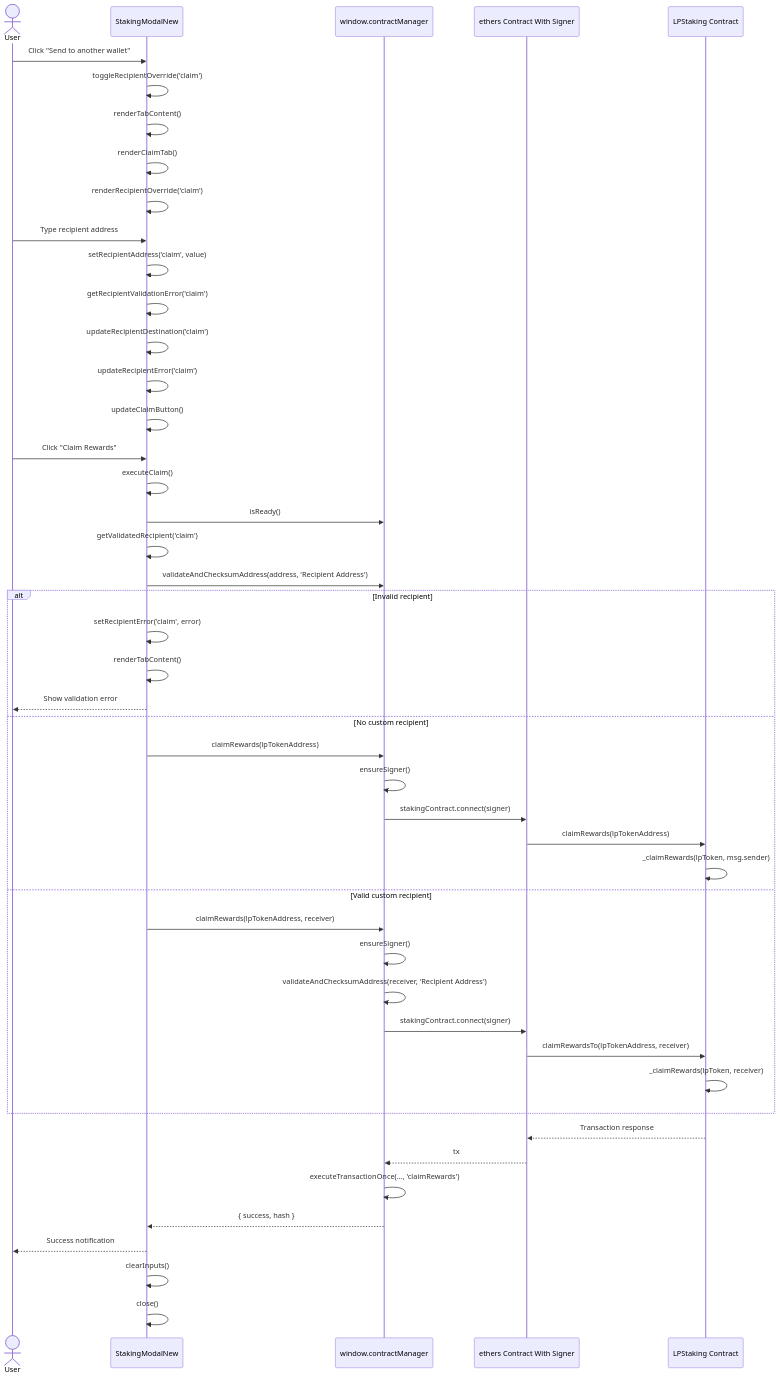
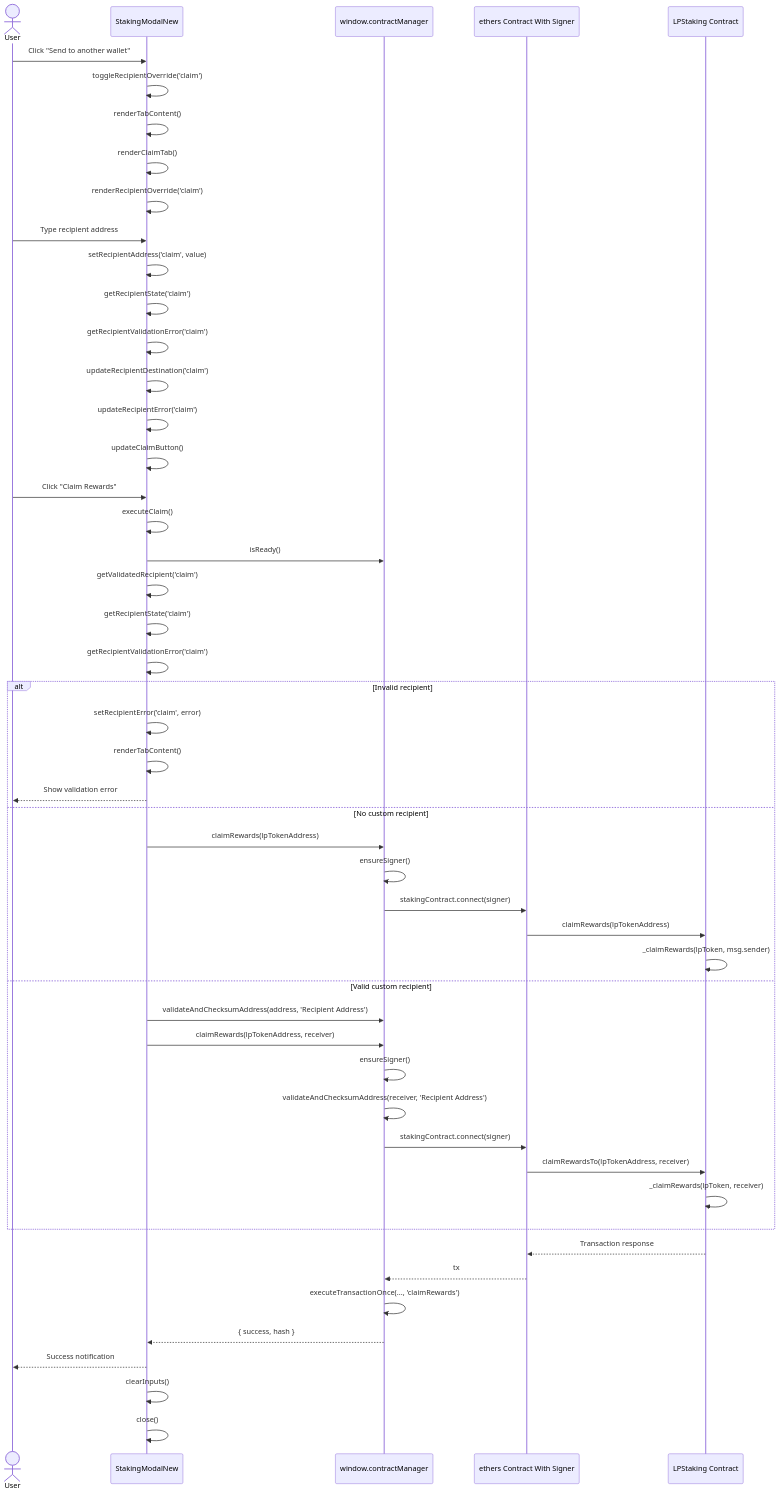
One commit to Liberdus/lib-lp-staking-frontend changed the third of 3 diagrams in RECIPIENT_AWARE_UNSTAKE_CLAIM_FLOW.md. Above: the diagram before and after it, drawn with Mermaid. The commit also changed other lines of this file, not shown here.

First line of the commit message:
Enhance recipient-aware unstake and claim flow documentation

````diff
--- a/RECIPIENT_AWARE_UNSTAKE_CLAIM_FLOW.md
+++ b/RECIPIENT_AWARE_UNSTAKE_CLAIM_FLOW.md
@@ -143,54 +158,57 @@
 ```mermaid
 sequenceDiagram
     actor User
     participant Modal as StakingModalNew
     participant CM as window.contractManager
     participant Ethers as ethers Contract With Signer
     participant Contract as LPStaking Contract
 
     User->>Modal: Click "Send to another wallet"
     Modal->>Modal: toggleRecipientOverride('claim')
     Modal->>Modal: renderTabContent()
     Modal->>Modal: renderClaimTab()
     Modal->>Modal: renderRecipientOverride('claim')
 
     User->>Modal: Type recipient address
     Modal->>Modal: setRecipientAddress('claim', value)
+    Modal->>Modal: getRecipientState('claim')
     Modal->>Modal: getRecipientValidationError('claim')
     Modal->>Modal: updateRecipientDestination('claim')
     Modal->>Modal: updateRecipientError('claim')
     Modal->>Modal: updateClaimButton()
 
     User->>Modal: Click "Claim Rewards"
     Modal->>Modal: executeClaim()
     Modal->>CM: isReady()
     Modal->>Modal: getValidatedRecipient('claim')
-    Modal->>CM: validateAndChecksumAddress(address, 'Recipient Address')
+    Modal->>Modal: getRecipientState('claim')
+    Modal->>Modal: getRecipientValidationError('claim')
 
     alt Invalid recipient
         Modal->>Modal: setRecipientError('claim', error)
         Modal->>Modal: renderTabContent()
         Modal-->>User: Show validation error
     else No custom recipient
         Modal->>CM: claimRewards(lpTokenAddress)
         CM->>CM: ensureSigner()
         CM->>Ethers: stakingContract.connect(signer)
         Ethers->>Contract: claimRewards(lpTokenAddress)
         Contract->>Contract: _claimRewards(lpToken, msg.sender)
     else Valid custom recipient
+        Modal->>CM: validateAndChecksumAddress(address, 'Recipient Address')
         Modal->>CM: claimRewards(lpTokenAddress, receiver)
         CM->>CM: ensureSigner()
         CM->>CM: validateAndChecksumAddress(receiver, 'Recipient Address')
         CM->>Ethers: stakingContract.connect(signer)
         Ethers->>Contract: claimRewardsTo(lpTokenAddress, receiver)
         Contract->>Contract: _claimRewards(lpToken, receiver)
     end
 
     Contract-->>Ethers: Transaction response
     Ethers-->>CM: tx
     CM->>CM: executeTransactionOnce(..., 'claimRewards')
     CM-->>Modal: { success, hash }
     Modal-->>User: Success notification
     Modal->>Modal: clearInputs()
     Modal->>Modal: close()
 ```
````
